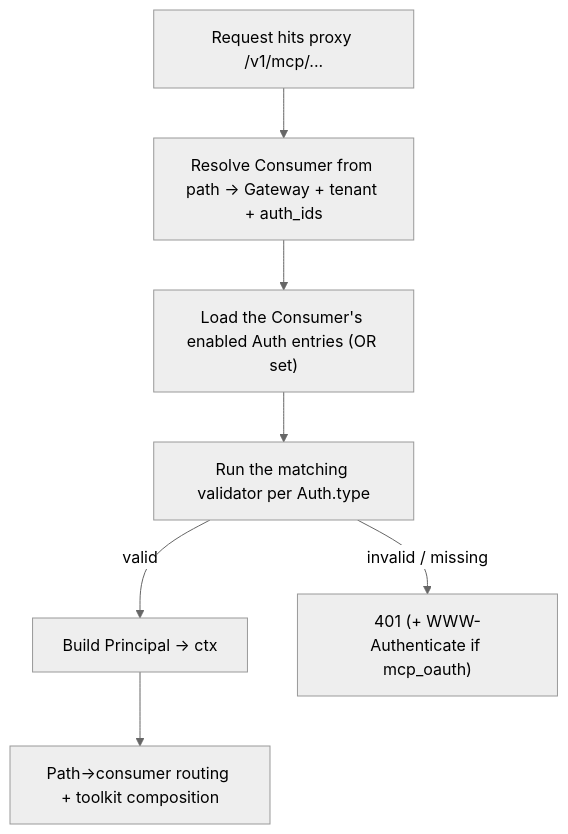
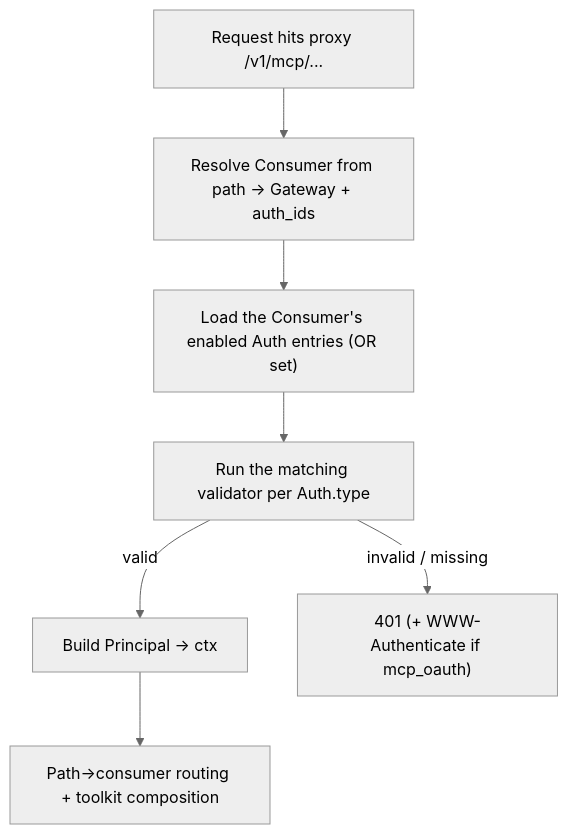
The second of 7 diagrams in docs/design/trustgate-mcp-gateway-epic-plan.md (NeuralTrust/TrustGate), drawn with Mermaid (neutral theme) before and after one commit. The commit also changed other lines of this file and 76 other files, not shown here.

Commit message:
mcp gateway phase 2

````diff
--- a/docs/design/trustgate-mcp-gateway-epic-plan.md
+++ b/docs/design/trustgate-mcp-gateway-epic-plan.md
@@ -102,9 +100,9 @@
 ```mermaid
 flowchart TD
-  A["Request hits proxy /v1/mcp/..."] --> B["Resolve Consumer from path -> Gateway + tenant + auth_ids"]
+  A["Request hits proxy /v1/mcp/..."] --> B["Resolve Consumer from path -> Gateway + auth_ids"]
   B --> C["Load the Consumer's enabled Auth entries (OR set)"]
   C --> D["Run the matching validator per Auth.type"]
   D -->|"valid"| E["Build Principal -> ctx"]
   D -->|"invalid / missing"| F["401 (+ WWW-Authenticate if mcp_oauth)"]
   E --> G["Path->consumer routing + toolkit composition"]
 ```
````
